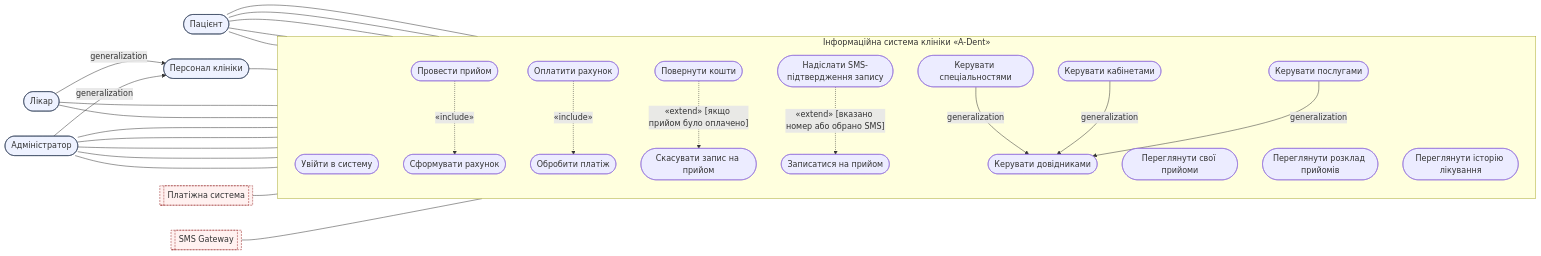
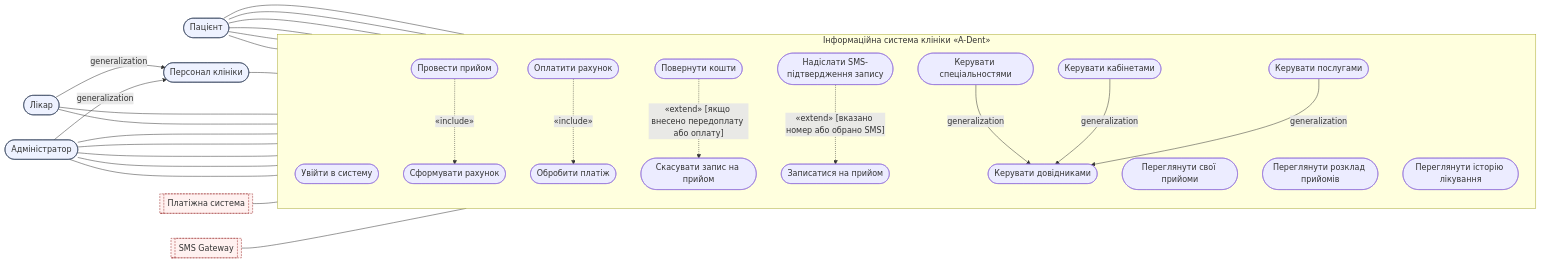
One commit to dvsqwx/KPI changed the diagram in use-case-diagram.mmd. Above: the diagram before and after it, drawn with Mermaid. The commit also changed 1 other file, not shown here.

Commit message:
connect Patient to UC0 and clarify prepayment in Invoice

```diff
--- a/use-case-diagram.mmd
+++ b/use-case-diagram.mmd
@@ -1,86 +1,87 @@
 %% Use Case діаграма — «Приватна стоматологічна клініка A-Dent»
 %% Примітка щодо нотації: Mermaid не має єдиної стабільної across-renderer нотації
 %% класичного UML use-case (порожній трикутник генералізації, людські акторні "стіки").
 %% Тому діаграма побудована на flowchart, що гарантовано рендериться в будь-якій версії Mermaid:
 %%   - актори-люди: заокруглений прямокутник (stadium), клас actorHuman
-%%   - зовнішня система (Платіжна система): подвійна рамка (subroutine), клас actorSystem, пунктирна межа
+%%   - зовнішні системи (Платіжна система, SMS Gateway): подвійна рамка (subroutine), клас actorSystem, пунктирна межа
 %%   - use case: овал (stadium) всередині підсистеми SYS
 %%   - асоціація актор–use case: звичайна лінія без стрілки
 %%   - «include»: пунктирна стрілка з підписом «include», від базового UC до включеного
 %%   - «extend»: пунктирна стрілка з підписом «extend», від розширення до базового UC
 %%   - генералізація: суцільна стрілка з підписом "generalization" (наближення — замінює порожній трикутник)
 
 flowchart LR
 
     %% ===== Актори =====
     Patient(["Пацієнт"]):::actorHuman
     Doctor(["Лікар"]):::actorHuman
     Admin(["Адміністратор"]):::actorHuman
     Staff(["Персонал клініки"]):::actorHuman
     PaymentSys[["Платіжна система"]]:::actorSystem
     SMSGateway[["SMS Gateway"]]:::actorSystem
 
     %% Генералізація акторів: Лікар і Адміністратор — спеціалізації Персоналу клініки
     Doctor -->|"generalization"| Staff
     Admin -->|"generalization"| Staff
 
     %% ===== Межа системи =====
     subgraph SYS["Інформаційна система клініки «A-Dent»"]
         direction TB
 
         UC0(["Увійти в систему"])
 
         UC1(["Записатися на прийом"])
         UC2(["Переглянути свої прийоми"])
         UC3(["Скасувати запис на прийом"])
         UC4(["Переглянути розклад прийомів"])
         UC5(["Провести прийом"])
         UC6(["Сформувати рахунок"])
         UC7(["Оплатити рахунок"])
         UC8(["Обробити платіж"])
         UC9(["Повернути кошти"])
         UC10(["Надіслати SMS-підтвердження запису"])
         UC11(["Переглянути історію лікування"])
 
         UC12(["Керувати довідниками"])
         UC12a(["Керувати спеціальностями"])
         UC12b(["Керувати кабінетами"])
         UC12c(["Керувати послугами"])
     end
 
     %% ===== Асоціації: Пацієнт =====
+    Patient --- UC0
     Patient --- UC1
     Patient --- UC2
     Patient --- UC3
     Patient --- UC7
     Patient --- UC11
 
     %% ===== Асоціації: успадковано через Staff, плюс власні =====
     Staff --- UC0
     Doctor --- UC4
     Doctor --- UC5
     Admin --- UC1
     Admin --- UC3
     Admin --- UC4
     Admin --- UC9
     Admin --- UC12
 
     %% ===== Асоціація: зовнішня система =====
     PaymentSys --- UC8
     SMSGateway --- UC10
 
     %% ===== Include (обов'язковий крок) =====
     UC5 -.->|"«include»"| UC6
     UC7 -.->|"«include»"| UC8
 
     %% ===== Extend (опційне розширення за умови) =====
-    UC9 -.->|"«extend» [якщо прийом було оплачено]"| UC3
+    UC9 -.->|"«extend» [якщо внесено передоплату або оплату]"| UC3
     UC10 -.->|"«extend» [вказано номер або обрано SMS]"| UC1
 
     %% ===== Генералізація use cases =====
     UC12a -->|"generalization"| UC12
     UC12b -->|"generalization"| UC12
     UC12c -->|"generalization"| UC12
 
     classDef actorHuman fill:#eef2ff,stroke:#33415c,stroke-width:1px;
     classDef actorSystem fill:#fff1f0,stroke:#9b2c2c,stroke-width:1px,stroke-dasharray:4 2;
```
